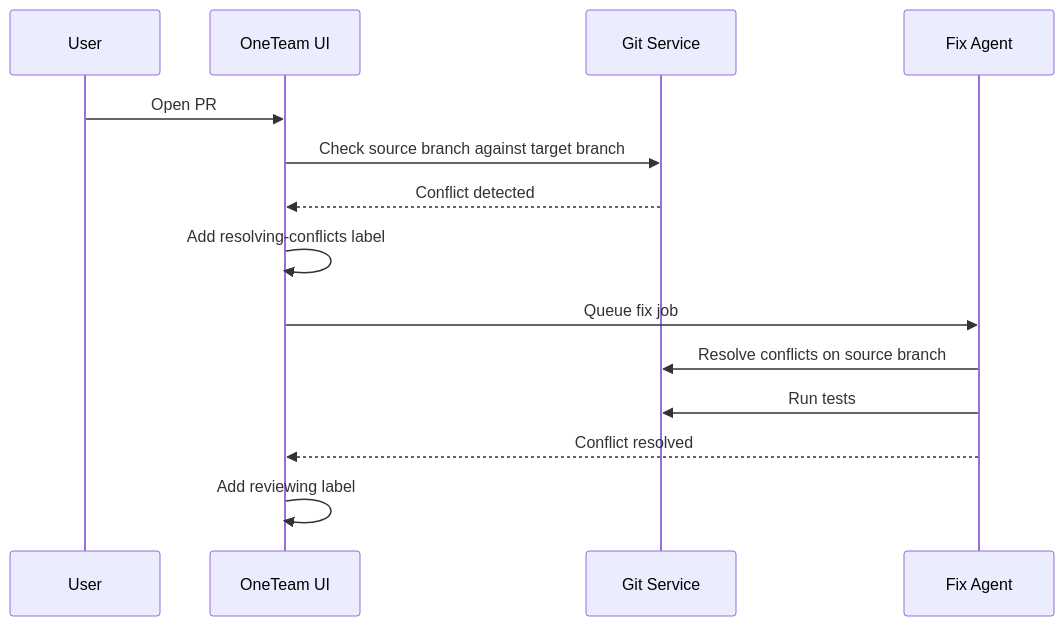
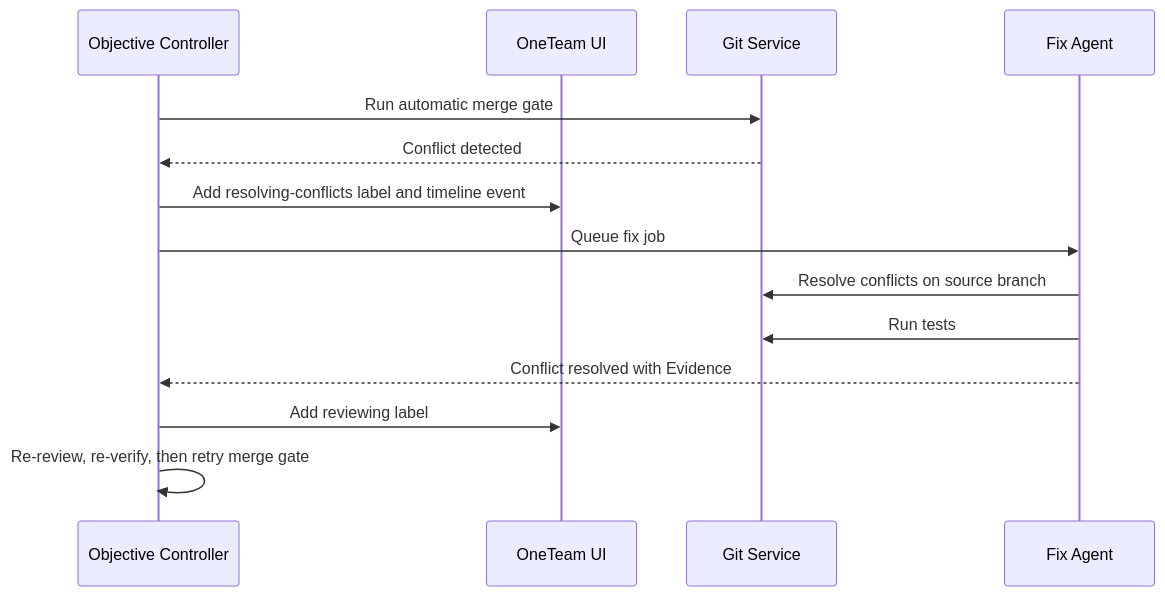
Before and after one commit to pluswing/oneteam: the fourth of 4 diagrams in docs/04-agent-job-state-machine.md, drawn with Mermaid. The commit also changed other lines of this file and 33 other files, not shown here.

````diff
--- a/docs/04-agent-job-state-machine.md
+++ b/docs/04-agent-job-state-machine.md
@@ -191,17 +228,17 @@
 ```mermaid
 sequenceDiagram
-  participant U as User
+  participant C as Objective Controller
   participant UI as OneTeam UI
   participant G as Git Service
   participant A as Fix Agent
 
-  U->>UI: Open PR
-  UI->>G: Check source branch against target branch
-  G-->>UI: Conflict detected
-  UI->>UI: Add resolving-conflicts label
-  UI->>A: Queue fix job
+  C->>G: Run automatic merge gate
+  G-->>C: Conflict detected
+  C->>UI: Add resolving-conflicts label and timeline event
+  C->>A: Queue fix job
   A->>G: Resolve conflicts on source branch
   A->>G: Run tests
-  A-->>UI: Conflict resolved
-  UI->>UI: Add reviewing label
+  A-->>C: Conflict resolved with Evidence
+  C->>UI: Add reviewing label
+  C->>C: Re-review, re-verify, then retry merge gate
 ```
````
